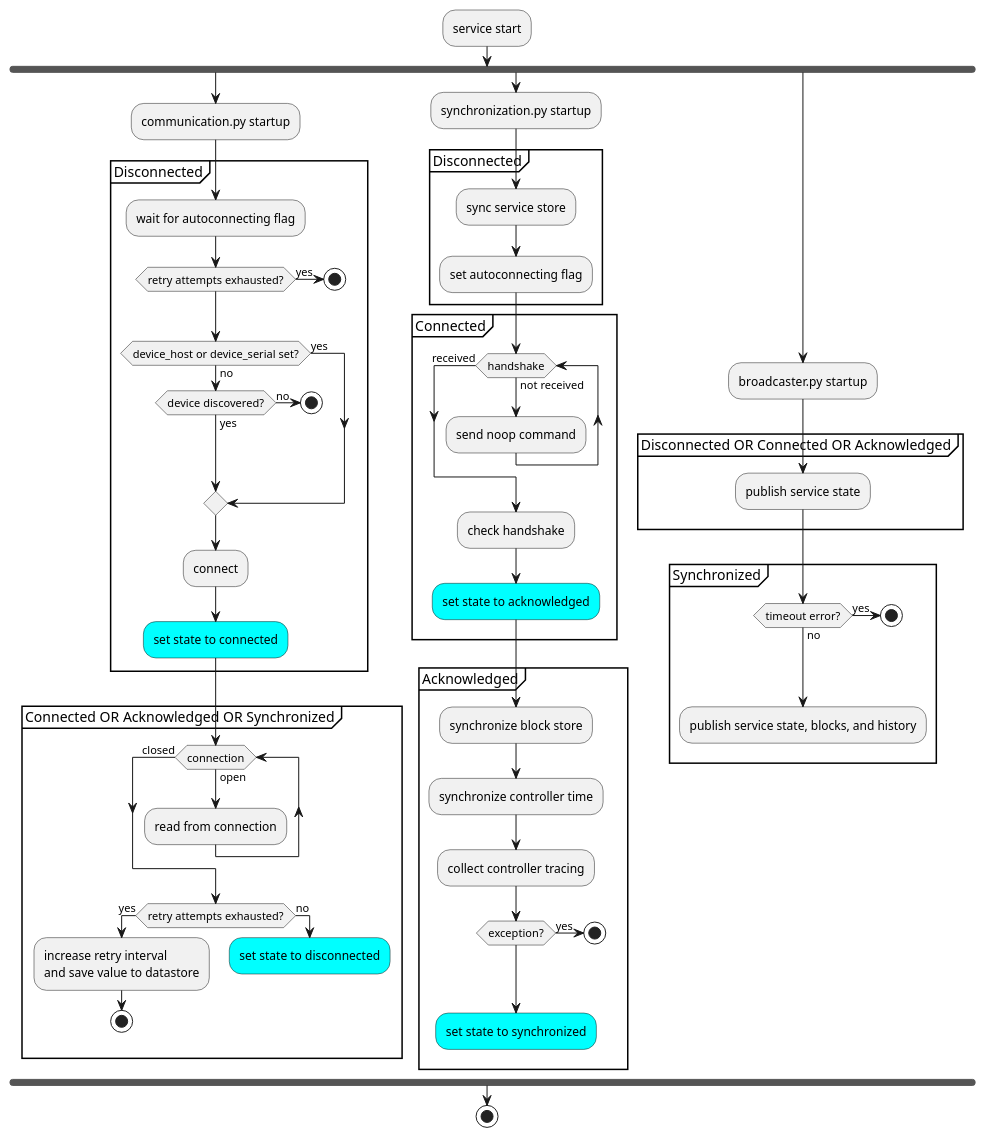
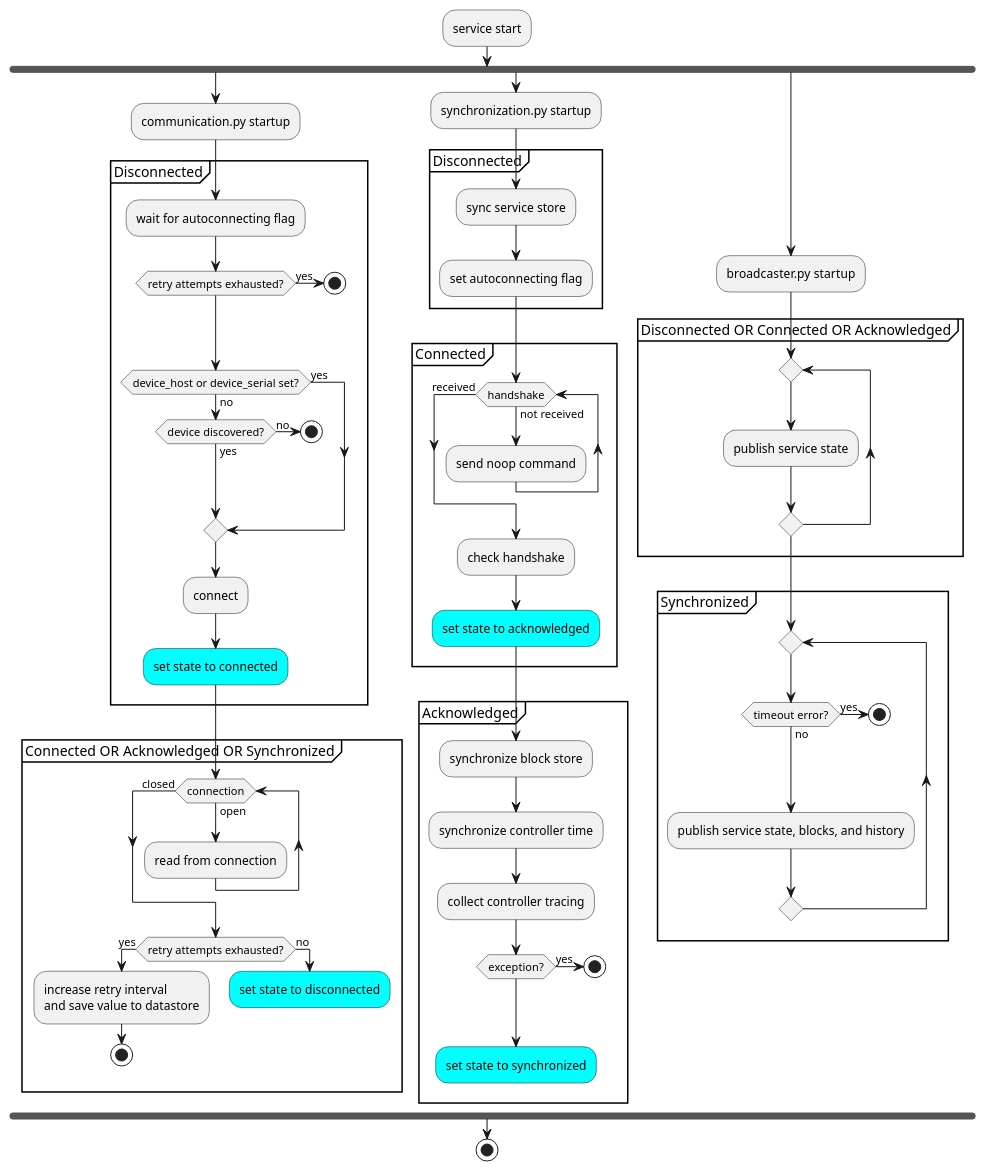
Before and after one commit to BrewBlox/brewblox-documentation: the first of 2 diagrams in docs/dev/decisions/20201008_devcon_connect_states.md, drawn with PlantUML.

Commit message:
repeat broadcaster

````diff
--- a/docs/dev/decisions/20201008_devcon_connect_states.md
+++ b/docs/dev/decisions/20201008_devcon_connect_states.md
@@ -49,78 +49,82 @@
 ```plantuml
 @startuml State machine
 :service start;
 fork
     :communication.py startup;
     partition Disconnected {
         :wait for autoconnecting flag;
         if (retry attempts exhausted?) then (yes)
             stop
         endif
         if (device_host or device_serial set?) then (yes)
         else (no)
             if (device discovered?) then (no)
                 stop
             else (yes)
             endif
         endif
         :connect;
         #cyan:set state to connected;
     }
     partition "Connected OR Acknowledged OR Synchronized" {
         while (connection) is (open)
             :read from connection;
         endwhile (closed)
         if (retry attempts exhausted?) then (yes)
             :increase retry interval
             and save value to datastore;
             stop
         else (no)
             #cyan:set state to disconnected;
             detach
         endif
     }
 
 fork again
     :synchronization.py startup;
     partition Disconnected {
         :sync service store;
         :set autoconnecting flag;
     }
     partition Connected {
         while (handshake) is (not received)
             :send noop command;
         endwhile (received)
         :check handshake;
         #cyan:set state to acknowledged;
     }
     partition Acknowledged {
         :synchronize block store;
         :synchronize controller time;
         :collect controller tracing;
         if (exception?) then (yes)
             stop
         endif
         #cyan:set state to synchronized;
     }
     detach
 
 fork again
     :broadcaster.py startup;
 
     partition "Disconnected OR Connected OR Acknowledged" {
+        repeat
         :publish service state;
+        repeat while
     }
     partition Synchronized {
+        repeat
         if (timeout error?) then (yes)
             stop
         else (no)
         endif
         :publish service state, blocks, and history;
+        repeat while
     }
     detach
 
 endfork
 
 stop
 @enduml
 ```
````
